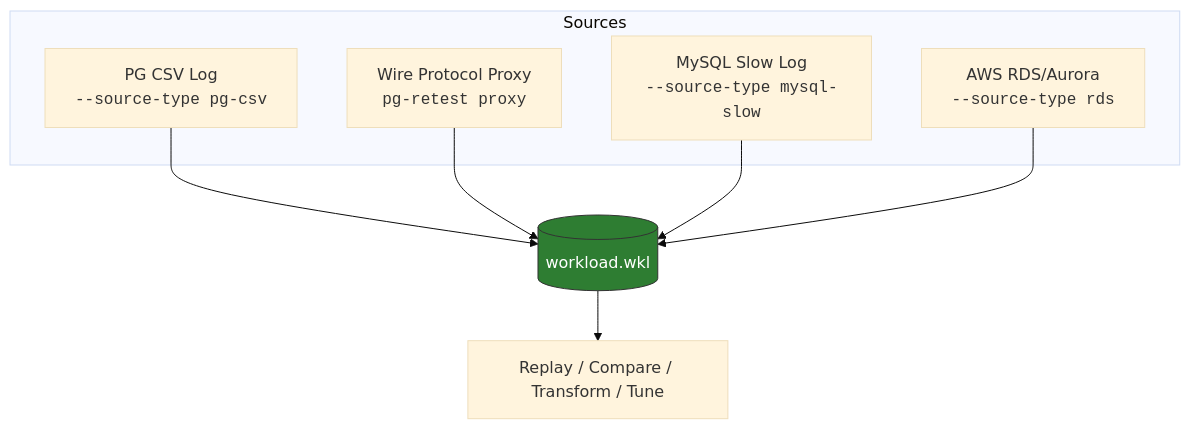
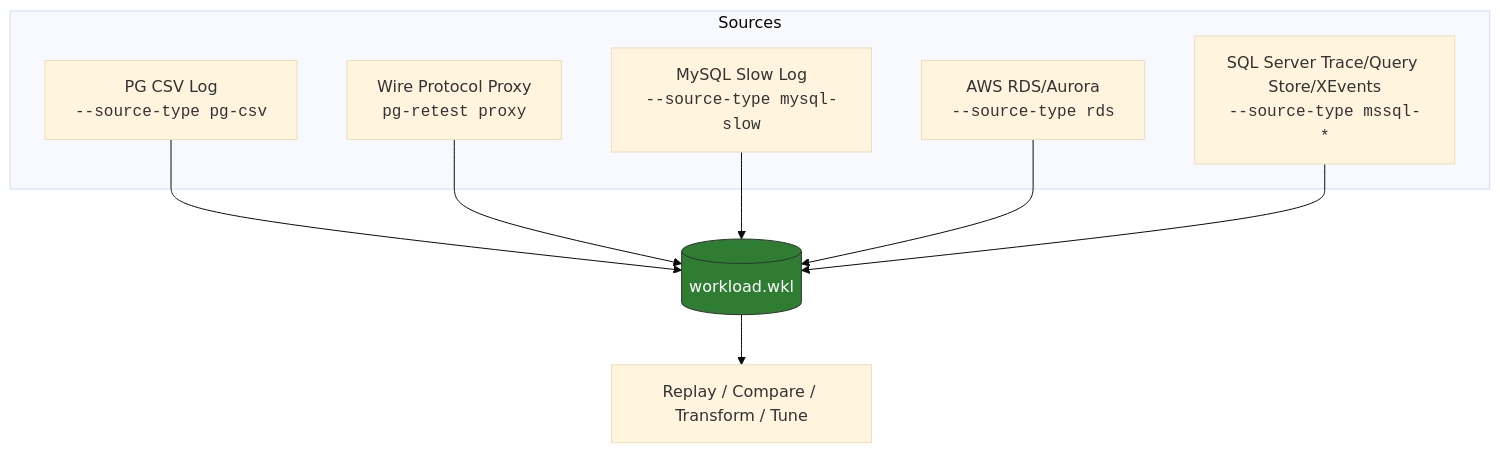
Before and after one commit to pg-retest/pg-retest: the fourth of 7 diagrams in README.md, drawn with Mermaid (base theme). The commit also changed other lines of this file and 12 other files, not shown here.

First line of the commit message:
feat(capture): SQL Server capture sources (Trace, Query Store, Extended Events)

````diff
--- a/README.md
+++ b/README.md
@@ -287,18 +290,20 @@
 ```mermaid
 graph TD
     subgraph Sources
         A[PG CSV Log<br/><code>--source-type pg-csv</code>]
         B[Wire Protocol Proxy<br/><code>pg-retest proxy</code>]
         C[MySQL Slow Log<br/><code>--source-type mysql-slow</code>]
         D[AWS RDS/Aurora<br/><code>--source-type rds</code>]
+        G[SQL Server Trace/Query Store/XEvents<br/><code>--source-type mssql-*</code>]
     end
 
     A --> E[(workload.wkl)]
     B --> E
     C --> E
     D --> E
+    G --> E
 
     E --> F[Replay / Compare / Transform / Tune]
 
     style E fill:#2e7d32,stroke:#333,color:#fff
 ```
````
